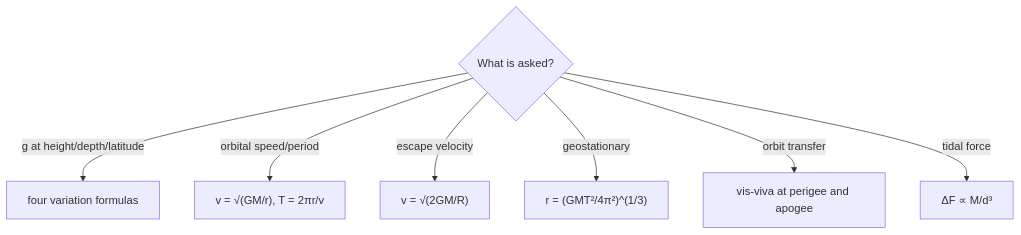
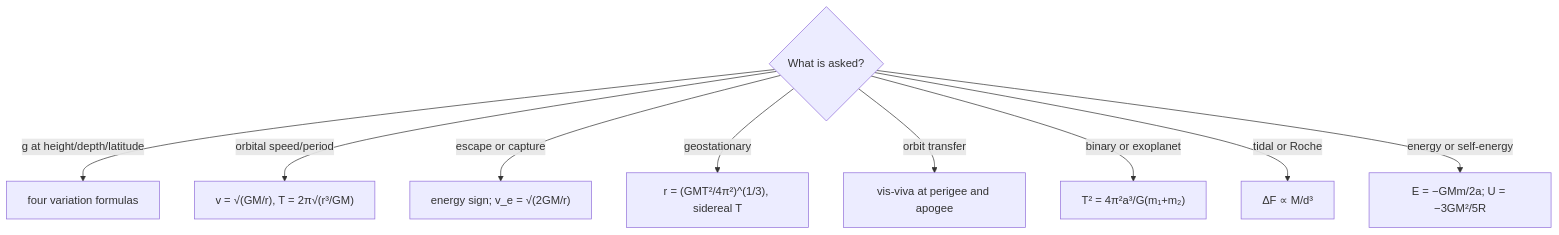
Before and after one commit to SurajGupta2009/Physics_JEEAD-OLYMPIAD_notes: the eighth of 8 diagrams in gravitation/Gravitation.md, drawn with Mermaid. The commit also changed other lines of this file and 5 other files, not shown here.

````diff
--- a/gravitation/Gravitation.md
+++ b/gravitation/Gravitation.md
@@ -875,9 +1818,11 @@
 ```mermaid
 flowchart TD
   A{"What is asked?"} -->|"g at height/depth/latitude"| B["four variation formulas"]
-  A -->|"orbital speed/period"| C["v = √(GM/r), T = 2πr/v"]
-  A -->|"escape velocity"| D["v = √(2GM/R)"]
-  A -->|"geostationary"| E["r = (GMT²/4π²)^(1/3)"]
+  A -->|"orbital speed/period"| C["v = √(GM/r), T = 2π√(r³/GM)"]
+  A -->|"escape or capture"| D["energy sign; v_e = √(2GM/r)"]
+  A -->|"geostationary"| E["r = (GMT²/4π²)^(1/3), sidereal T"]
   A -->|"orbit transfer"| F["vis-viva at perigee and apogee"]
-  A -->|"tidal force"| G["ΔF ∝ M/d³"]
+  A -->|"binary or exoplanet"| G["T² = 4π²a³/G(m₁+m₂)"]
+  A -->|"tidal or Roche"| H["ΔF ∝ M/d³"]
+  A -->|"energy or self-energy"| I["E = −GMm/2a; U = −3GM²/5R"]
 ```
````
